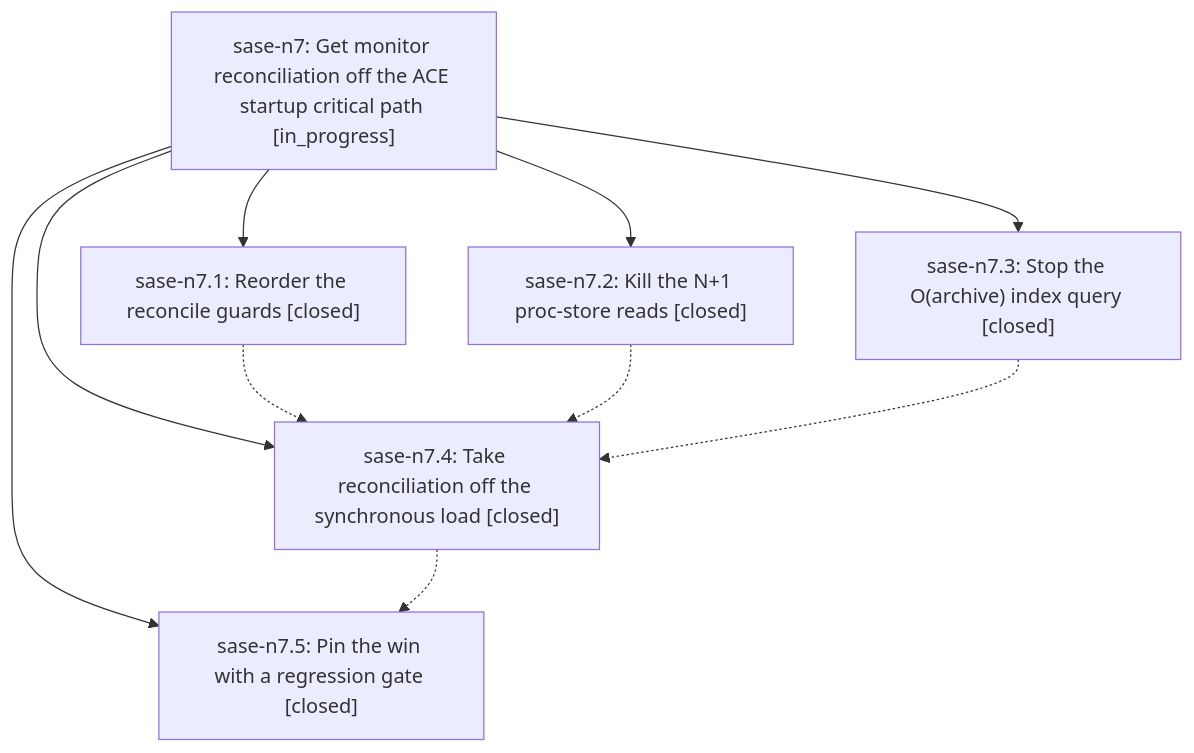
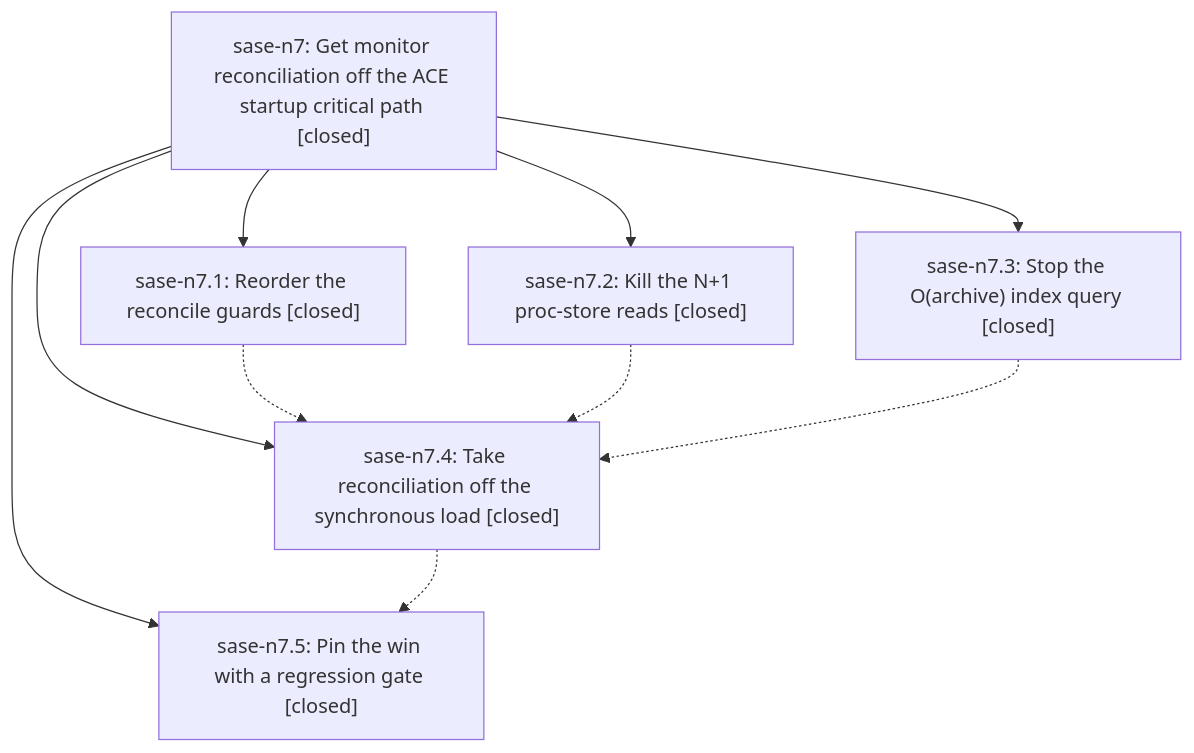
The diagram in pages/sase-n7/README.md (sase-org/sase--beads), drawn with Mermaid before and after one commit. The commit also changed other lines of this file, not shown here.

First line of the commit message:
chore(beads): sync bead state and pages for sase-n7

````diff
--- a/pages/sase-n7/README.md
+++ b/pages/sase-n7/README.md
@@ -26,18 +48,18 @@
 ```mermaid
 flowchart TD
-    n0["sase-n7: Get monitor reconciliation off the ACE startup critical path [in_progress]"]
+    n0["sase-n7: Get monitor reconciliation off the ACE startup critical path [closed]"]
     n1["sase-n7.1: Reorder the reconcile guards [closed]"]
     n2["sase-n7.2: Kill the N+1 proc-store reads [closed]"]
     n3["sase-n7.3: Stop the O(archive) index query [closed]"]
     n4["sase-n7.4: Take reconciliation off the synchronous load [closed]"]
     n5["sase-n7.5: Pin the win with a regression gate [closed]"]
     n0 --> n1
     n0 --> n2
     n0 --> n3
     n0 --> n4
     n0 --> n5
     n1 -.-> n4
     n2 -.-> n4
     n3 -.-> n4
     n4 -.-> n5
 ```
````
